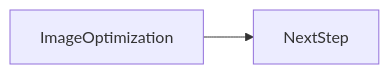
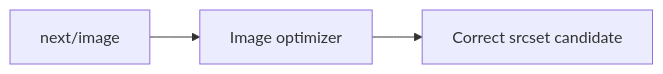
One commit to OmidJavaherii/Frontend-Engineering-Handbook changed the second of 2 diagrams in docs/en/11-nextjs/image-optimization/index.md. Above: the diagram before and after it, drawn with Mermaid. The commit also changed other lines of this file and 461 other files, not shown here.

````diff
--- a/docs/en/11-nextjs/image-optimization/index.md
+++ b/docs/en/11-nextjs/image-optimization/index.md
@@ -95,4 +119,5 @@
 ```mermaid
 flowchart LR
-  concept[ImageOptimization] --> nextStep[NextStep]
+  Img[next/image] --> Opt[Image optimizer]
+  Opt --> Browser[Correct srcset candidate]
 ```
````
